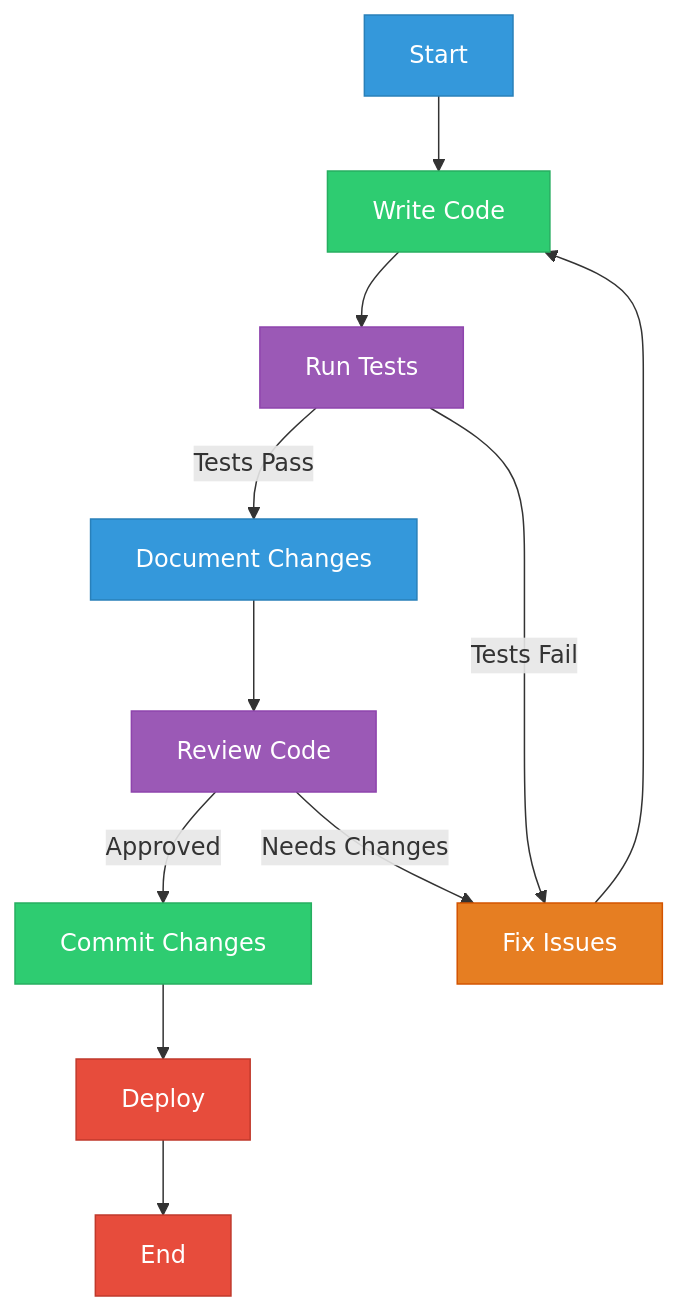
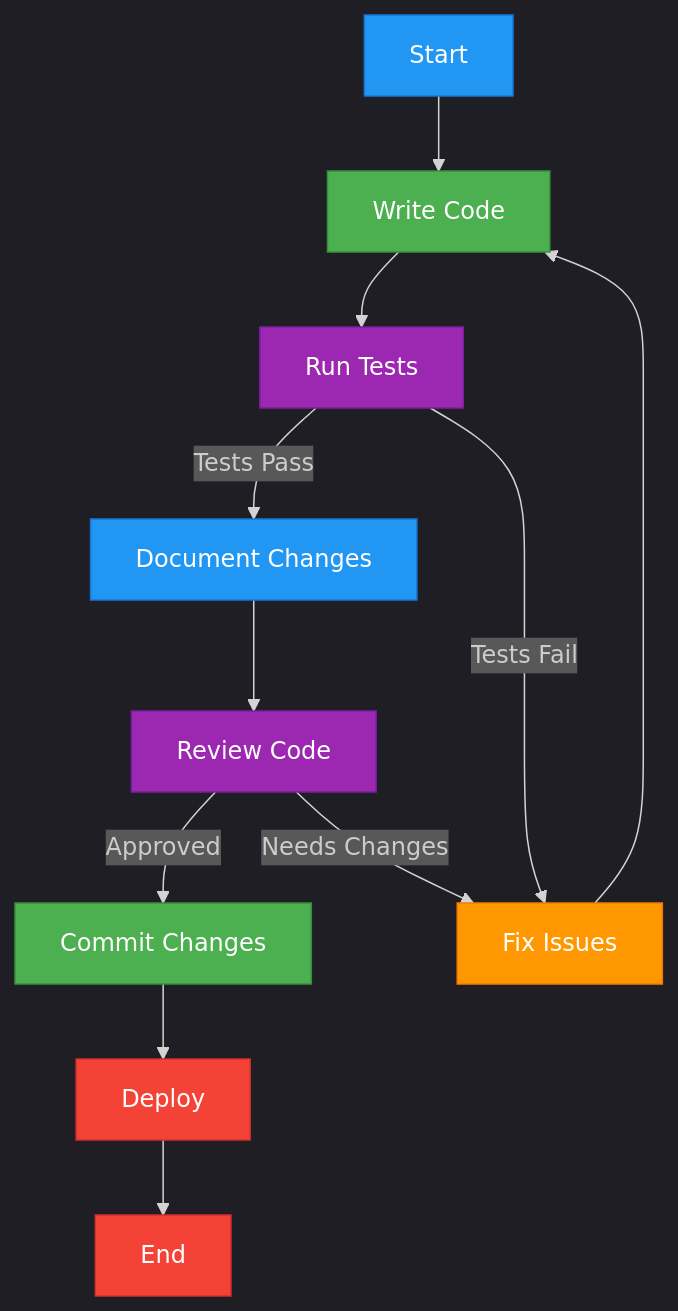
Before and after one commit to Geocodio/geocodio-library-python: the second of 3 diagrams in project-docs/visual_timeline.md, drawn with Mermaid. The commit also changed other lines of this file, not shown here.

````diff
--- a/project-docs/visual_timeline.md
+++ b/project-docs/visual_timeline.md
@@ -72,20 +71,31 @@
 ```mermaid
+%%{init: { 'theme': 'dark', 'themeVariables': { 'fontFamily': 'arial', 'backgroundColor': 'transparent' } } }%%
 flowchart TD
-    classDef research fill:#3498db,stroke:#2980b9,color:white
-    classDef sync fill:#2ecc71,stroke:#27ae60,color:white
-    classDef async fill:#f1c40f,stroke:#f39c12,color:black
-    classDef enhance fill:#e67e22,stroke:#d35400,color:white
-    classDef test fill:#9b59b6,stroke:#8e44ad,color:white
-    classDef deploy fill:#e74c3c,stroke:#c0392b,color:white
+    classDef research fill:#2196F3,stroke:#1976D2,color:white
+    classDef sync fill:#4CAF50,stroke:#388E3C,color:white
+    classDef async fill:#FFEB3B,stroke:#FBC02D,color:#000000
+    classDef enhance fill:#FF9800,stroke:#F57C00,color:white
+    classDef test fill:#9C27B0,stroke:#7B1FA2,color:white
+    classDef deploy fill:#F44336,stroke:#D32F2F,color:white
 
-    A[Start]:::research --> B[Write Code]:::sync
-    B --> C[Run Tests]:::test
-    C -->|Tests Pass| D[Document Changes]:::research
-    C -->|Tests Fail| E[Fix Issues]:::enhance
+    style A fill:#2196F3,stroke:#1976D2,color:white
+    style B fill:#4CAF50,stroke:#388E3C,color:white
+    style C fill:#9C27B0,stroke:#7B1FA2,color:white
+    style D fill:#2196F3,stroke:#1976D2,color:white
+    style E fill:#FF9800,stroke:#F57C00,color:white
+    style F fill:#9C27B0,stroke:#7B1FA2,color:white
+    style G fill:#4CAF50,stroke:#388E3C,color:white
+    style H fill:#F44336,stroke:#D32F2F,color:white
+    style I fill:#F44336,stroke:#D32F2F,color:white
+
+    A[Start] --> B[Write Code]
+    B --> C[Run Tests]
+    C -->|Tests Pass| D[Document Changes]
+    C -->|Tests Fail| E[Fix Issues]
     E --> B
-    D --> F[Review Code]:::test
-    F -->|Approved| G[Commit Changes]:::sync
+    D --> F[Review Code]
+    F -->|Approved| G[Commit Changes]
     F -->|Needs Changes| E
-    G --> H[Deploy]:::deploy
-    H --> I[End]:::deploy
+    G --> H[Deploy]
+    H --> I[End]
 ```
````
